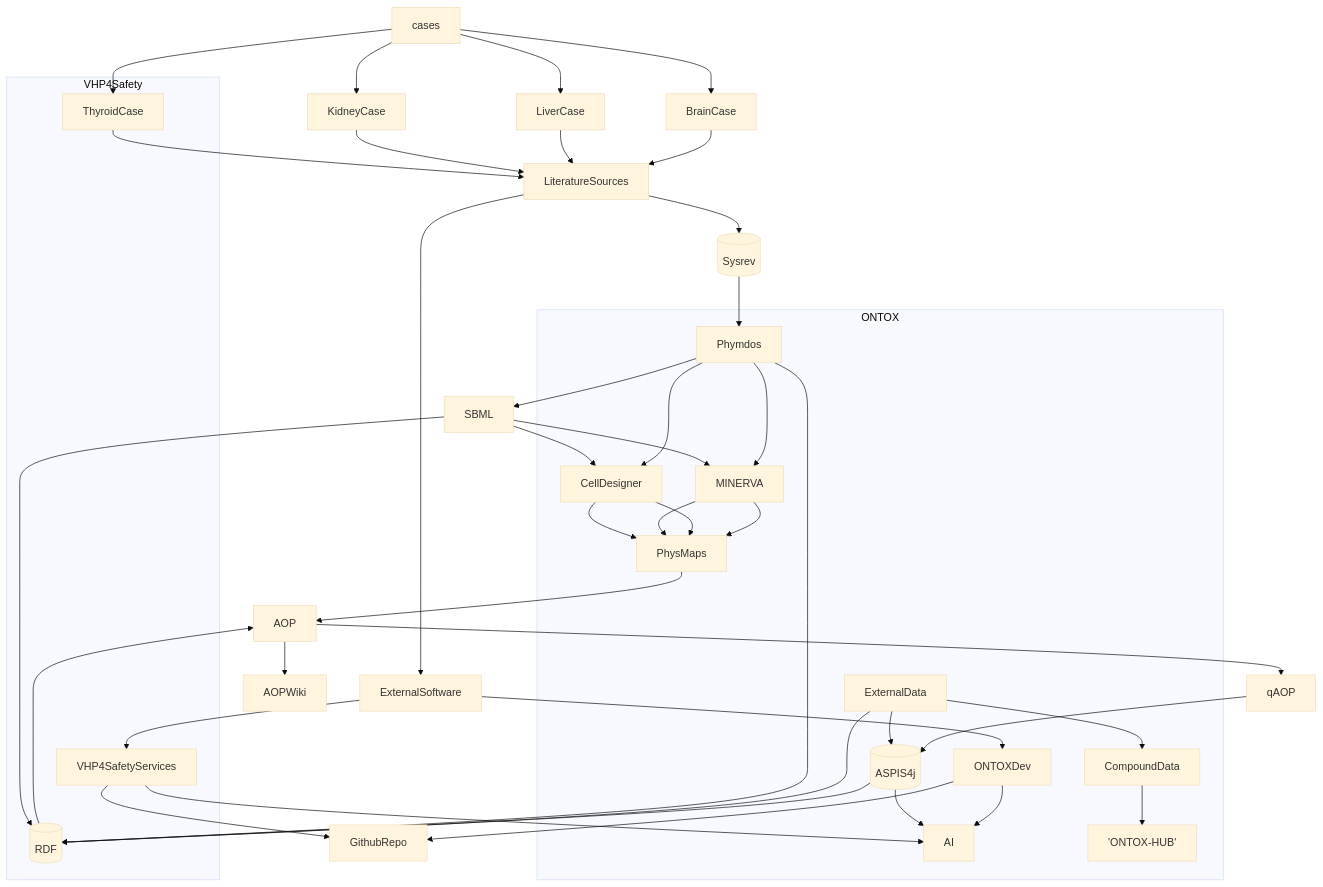
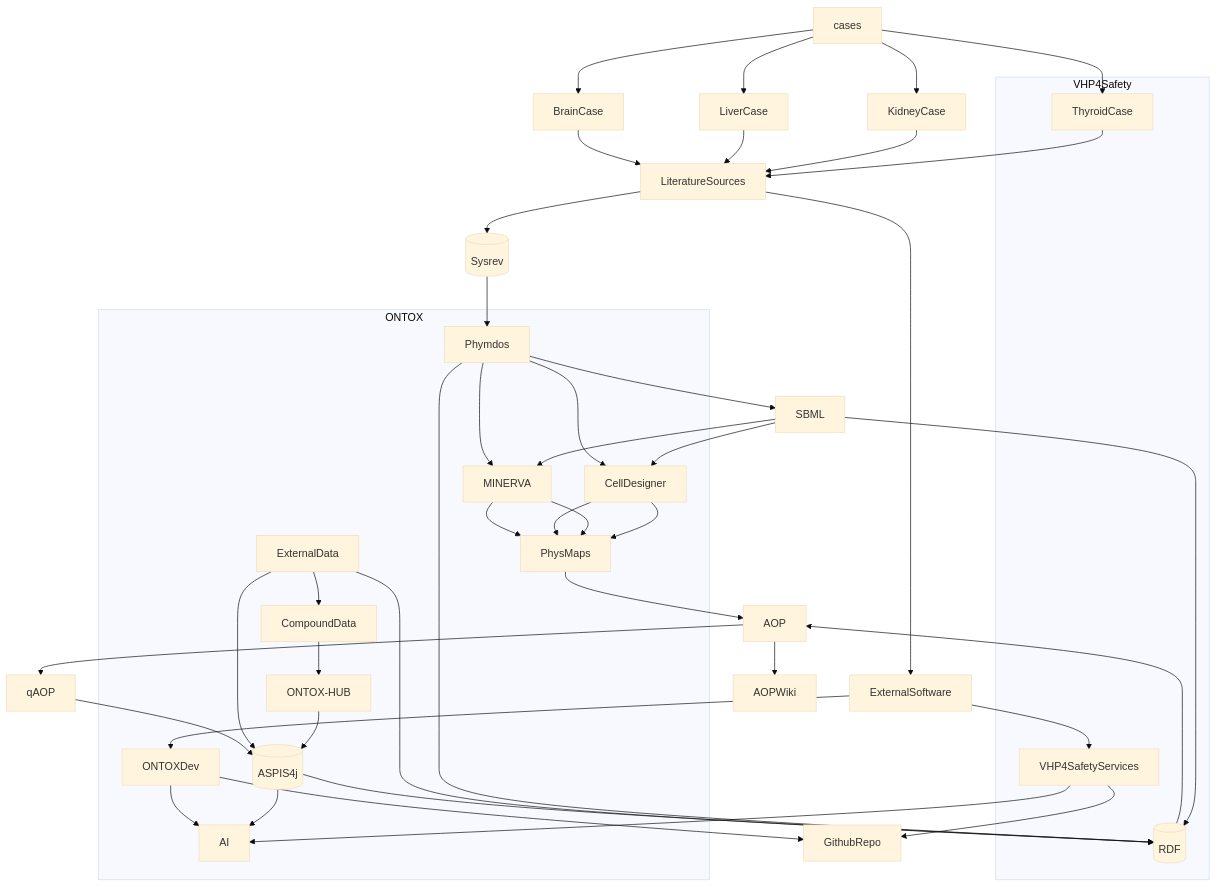
Before and after one commit to ontox-hu/workflows: the diagram in ONTOX-vs-VHP4Safety.md, drawn with Mermaid (base theme).

````diff
--- a/ONTOX-vs-VHP4Safety.md
+++ b/ONTOX-vs-VHP4Safety.md
@@ -1,65 +1,66 @@
 ```mermaid
 flowchart TB
 
     cases-->KidneyCase
     cases-->LiverCase
     cases-->BrainCase
     cases-->ThyroidCase
     
     KidneyCase-->LiteratureSources
     LiverCase-->LiteratureSources
     BrainCase-->LiteratureSources
     ThyroidCase-->LiteratureSources
     LiteratureSources-->Sysrev[(Sysrev)]
     Sysrev[(Sysrev)]-->Phymdos
     Phymdos-->SBML
     SBML-->CellDesigner
     SBML-->MINERVA
     SBML-->RDF[(RDF)]
     CellDesigner-->PhysMaps
     MINERVA-->PhysMaps
     PhysMaps-->AOP
     VHP4SafetyServices-->GithubRepo
     ONTOXDev-->GithubRepo
     
  %%%%%%%%%%%%%%%%%%%%%%%%%%%%%%%
  
     subgraph ONTOX
     
     ONTOXDev
     Phymdos-->MINERVA
     Phymdos-->CellDesigner
     CellDesigner-->PhysMaps
     MINERVA-->PhysMaps
     ASPIS4j[(ASPIS4j)]-->AI
     ExternalData-->CompoundData
-    CompoundData-->'ONTOX-HUB'
+    CompoundData-->ONTOX-HUB
+    ONTOX-HUB-->ASPIS4j[(ASPIS4j)]
     end
  
  %%%%%%%%%%%%%%%%%%%%%%%%%%%%%%%%
  
     subgraph VHP4Safety
     
     ThyroidCase 
     Phymdos-->RDF[(RDF)]
     VHP4SafetyServices
     VHP4SafetyServices-->AI
     ONTOXDev-->AI
 
     end
     
  %%%%%%%%%%%%%%%%%%%%%%%%%%%%%%%%%%
  
     RDF[(RDF)]-->AOP
     AOP-->AOPWiki
     AOP-->qAOP
     LiteratureSources-->ExternalSoftware
     ExternalSoftware-->VHP4SafetyServices
     ExternalSoftware-->ONTOXDev
     ExternalData-->ASPIS4j[(ASPIS4j)]
     qAOP-->ASPIS4j[(ASPIS4j)]
     ASPIS4j[(ASPIS4j)]-->RDF[(RDF)]
     ExternalData-->RDF[(RDF)]
     
     
 ```
````
